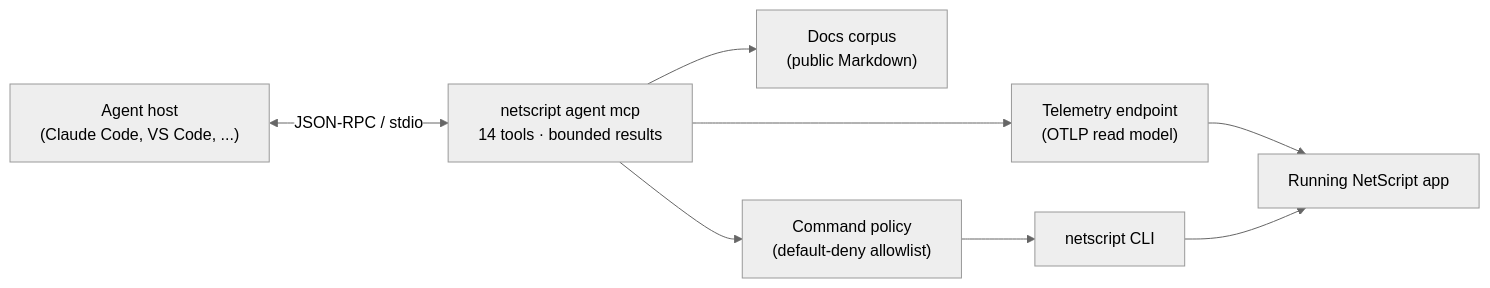
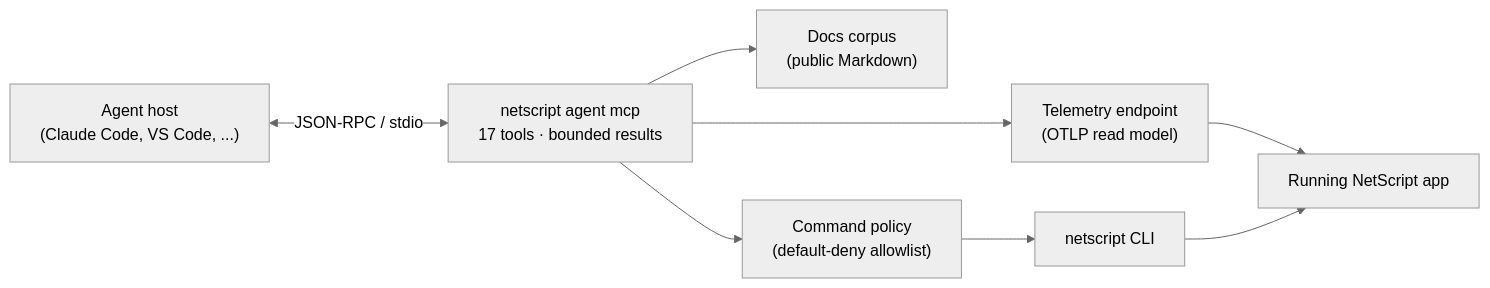
The diagram in packages/mcp/README.md (rickylabs/netscript), drawn with Mermaid (neutral theme) before and after one commit. The commit also changed other lines of this file and 16 other files, not shown here.

````diff
--- a/packages/mcp/README.md
+++ b/packages/mcp/README.md
@@ -46,10 +46,10 @@
 ```mermaid
 flowchart LR
-    A["Agent host<br/>(Claude Code, VS Code, ...)"] <-- "JSON-RPC / stdio" --> S["netscript agent mcp<br/>14 tools · bounded results"]
+    A["Agent host<br/>(Claude Code, VS Code, ...)"] <-- "JSON-RPC / stdio" --> S["netscript agent mcp<br/>17 tools · bounded results"]
     S --> T["Telemetry endpoint<br/>(OTLP read model)"]
     S --> D["Docs corpus<br/>(public Markdown)"]
     S --> P["Command policy<br/>(default-deny allowlist)"]
     T --> R["Running NetScript app"]
     P --> C["netscript CLI"]
     C --> R
 ```
````
